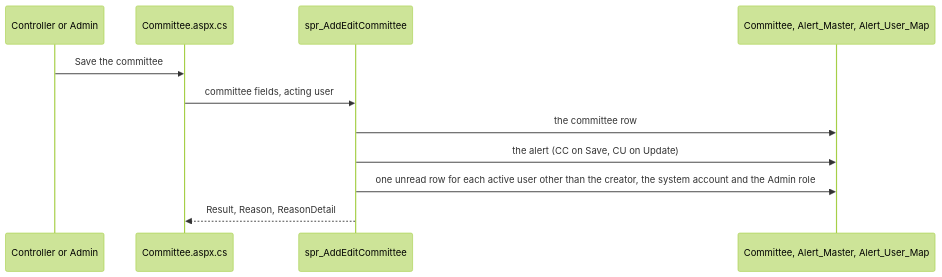
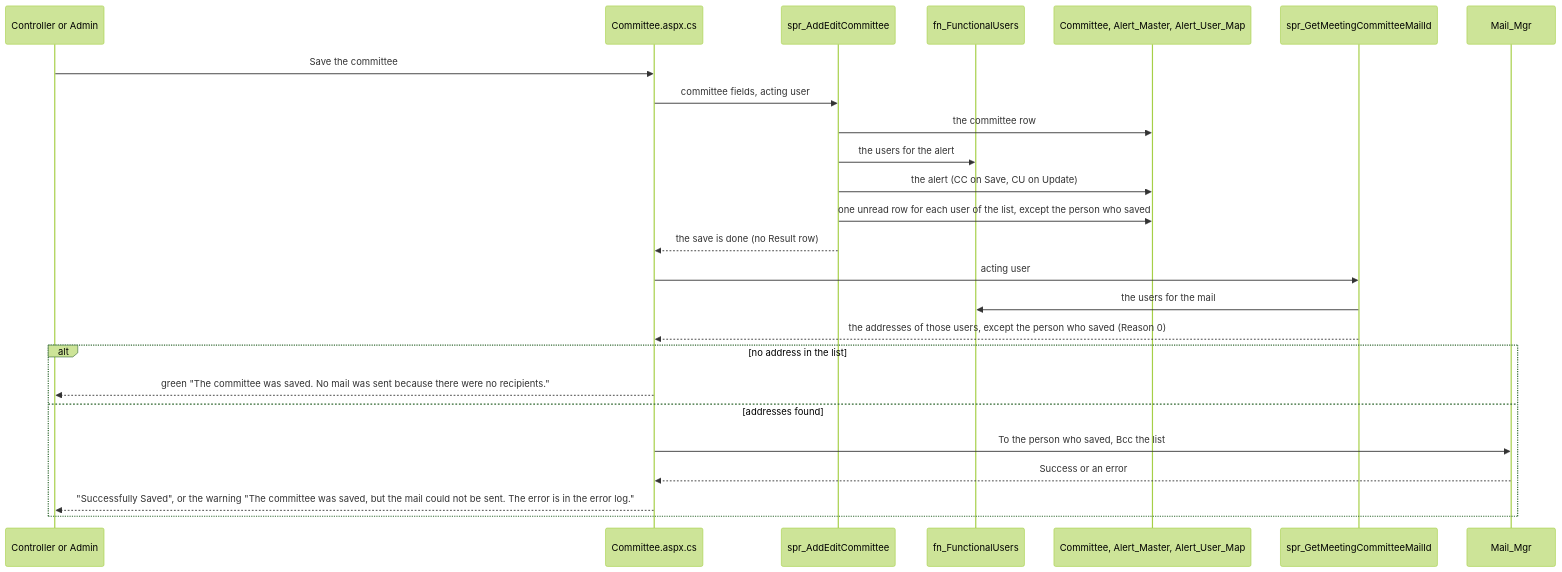
One commit to gashpy64/BMMS-Legacy changed the diagram in Documents/Data-Flow/03-Program-to-Program/03-Masters.md. Above: the diagram before and after it, drawn with Mermaid (forest theme). The commit also changed other lines of this file and 35 other files, not shown here.

First line of the commit message:
IU1: inactive users and Admin in mails, action items and Reset Password (database step 55)

````diff
--- a/Documents/Data-Flow/03-Program-to-Program/03-Masters.md
+++ b/Documents/Data-Flow/03-Program-to-Program/03-Masters.md
@@ -30,14 +36,28 @@
 ```mermaid
 sequenceDiagram
     participant C as Controller or Admin
     participant P as Committee.aspx.cs
     participant S as spr_AddEditCommittee
+    participant F as fn_FunctionalUsers
     participant T as Committee, Alert_Master, Alert_User_Map
+    participant M as spr_GetMeetingCommitteeMailId
+    participant X as Mail_Mgr
 
     C->>P: Save the committee
     P->>S: committee fields, acting user
     S->>T: the committee row
+    S->>F: the users for the alert
     S->>T: the alert (CC on Save, CU on Update)
-    S->>T: one unread row for each active user other than the creator, the system account and the Admin role
-    S-->>P: Result, Reason, ReasonDetail
+    S->>T: one unread row for each user of the list, except the person who saved
+    S-->>P: the save is done (no Result row)
+    P->>M: acting user
+    M->>F: the users for the mail
+    M-->>P: the addresses of those users, except the person who saved (Reason 0)
+    alt no address in the list
+        P-->>C: green "The committee was saved. No mail was sent because there were no recipients."
+    else addresses found
+        P->>X: To the person who saved, Bcc the list
+        X-->>P: Success or an error
+        P-->>C: "Successfully Saved", or the warning "The committee was saved, but the mail could not be sent. The error is in the error log."
+    end
 ```
````
